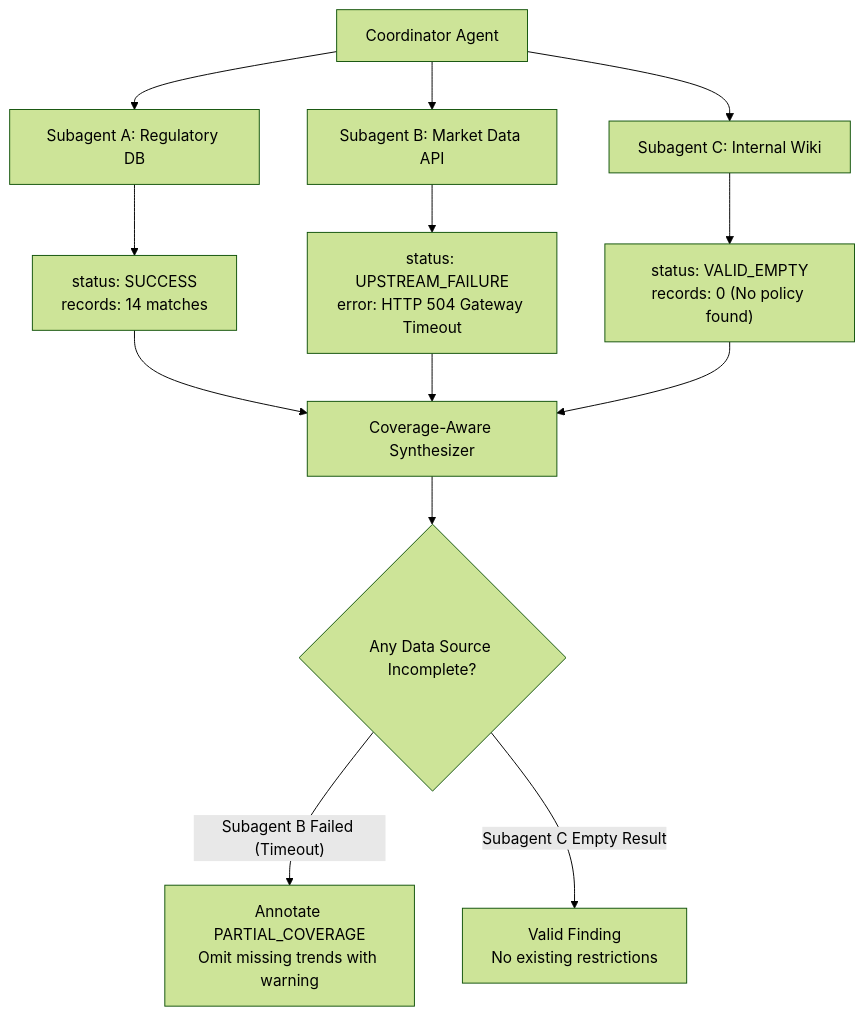
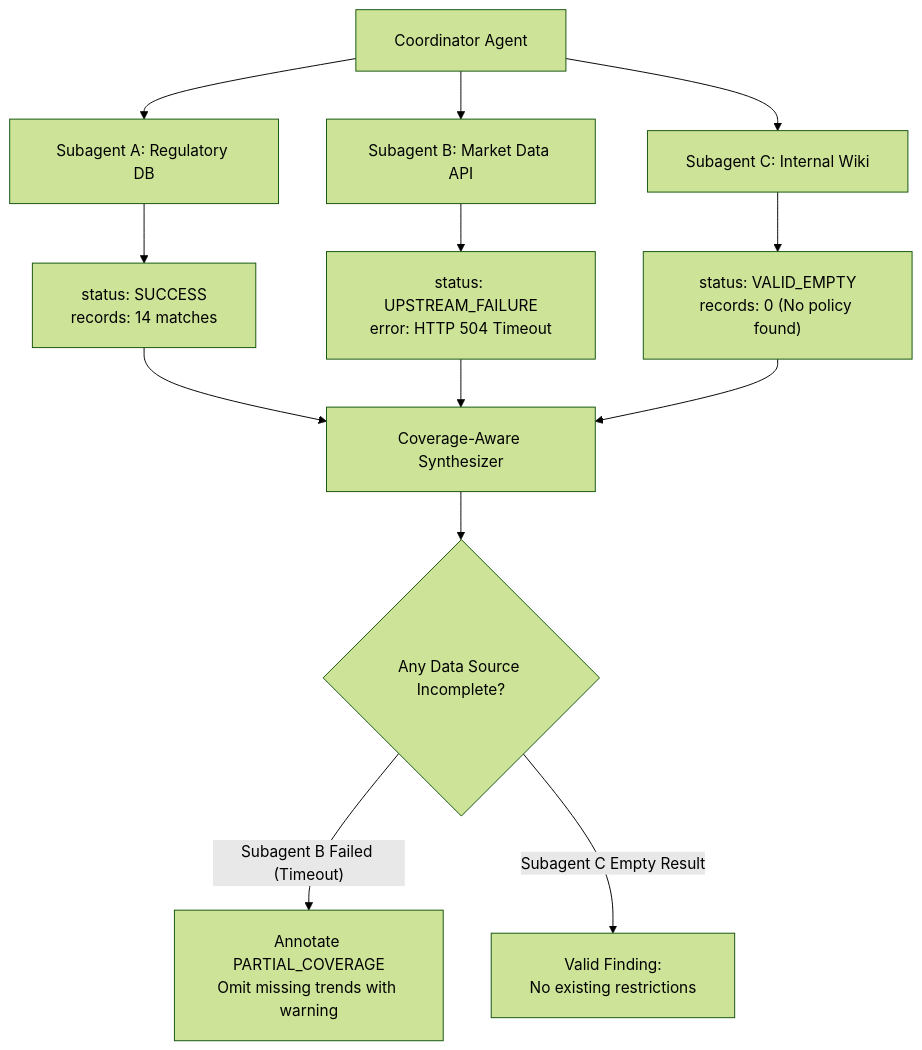
Before and after one commit to dip4k/claude_cert_architect_foundation_prep: the diagram in domain5/ts_5_3_error_propagation_coverage/README.md, drawn with Mermaid (forest theme). The commit also changed 31 other files, not shown here.

First line of the commit message:
docs(diagrams): fix text trimming, padding, and layout in all mermaid diagrams

````diff
--- a/domain5/ts_5_3_error_propagation_coverage/README.md
+++ b/domain5/ts_5_3_error_propagation_coverage/README.md
@@ -10,20 +10,21 @@
 ```mermaid
+%%{init: {"flowchart": {"htmlLabels": true, "padding": 20}}}%%
 flowchart TD
     Coordinator["Coordinator Agent"] --> SubA["Subagent A: Regulatory DB"]
     Coordinator --> SubB["Subagent B: Market Data API"]
     Coordinator --> SubC["Subagent C: Internal Wiki"]
     
     SubA --> ResA["status: SUCCESS<br/>records: 14 matches"]
-    SubB --> ResB["status: UPSTREAM_FAILURE<br/>error: HTTP 504 Gateway Timeout"]
+    SubB --> ResB["status: UPSTREAM_FAILURE<br/>error: HTTP 504 Timeout"]
     SubC --> ResC["status: VALID_EMPTY<br/>records: 0 (No policy found)"]
     
     ResA --> Synthesizer["Coverage-Aware Synthesizer"]
     ResB --> Synthesizer
     ResC --> Synthesizer
     
     Synthesizer --> Decision{"Any Data Source Incomplete?"}
     
     Decision -- "Subagent B Failed (Timeout)" --> Partial["Annotate PARTIAL_COVERAGE<br/>Omit missing trends with warning"]
     
-    Decision -- "Subagent C Empty Result" --> Legitimate["Valid Finding<br/>No existing restrictions"]
+    Decision -- "Subagent C Empty Result" --> Legitimate["Valid Finding:<br/>No existing restrictions"]
 ```
````
